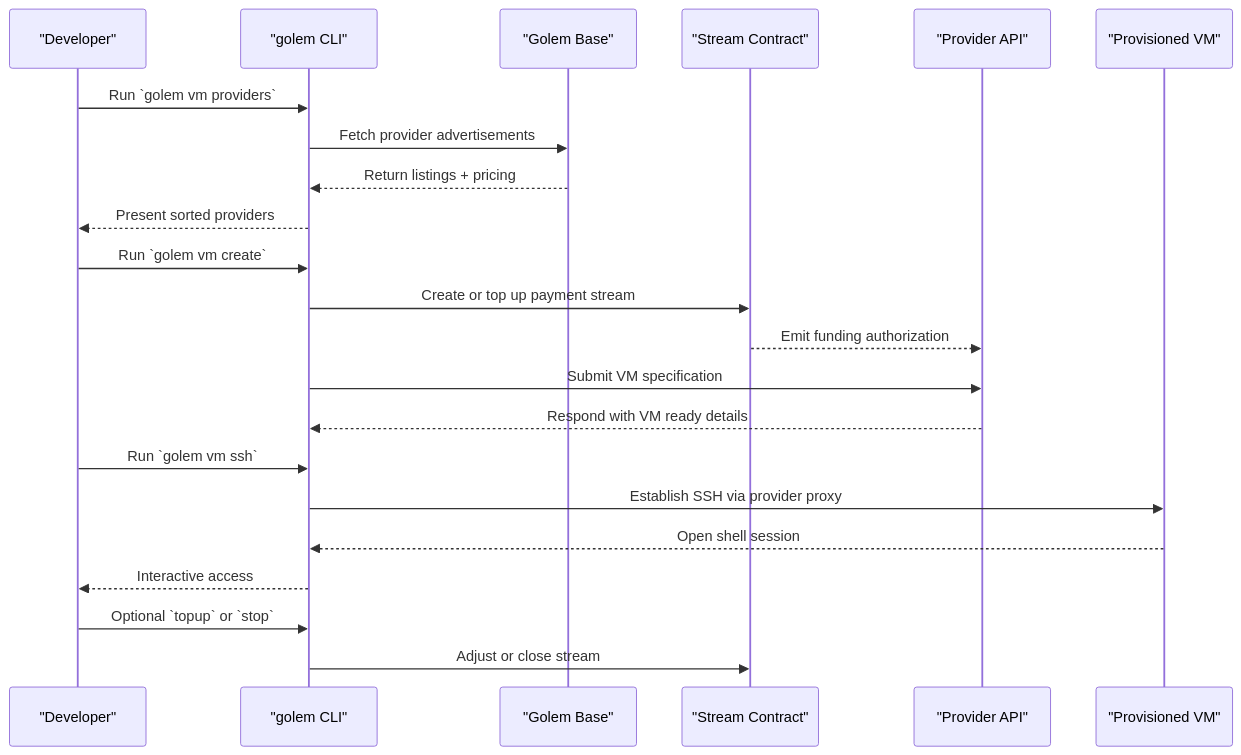
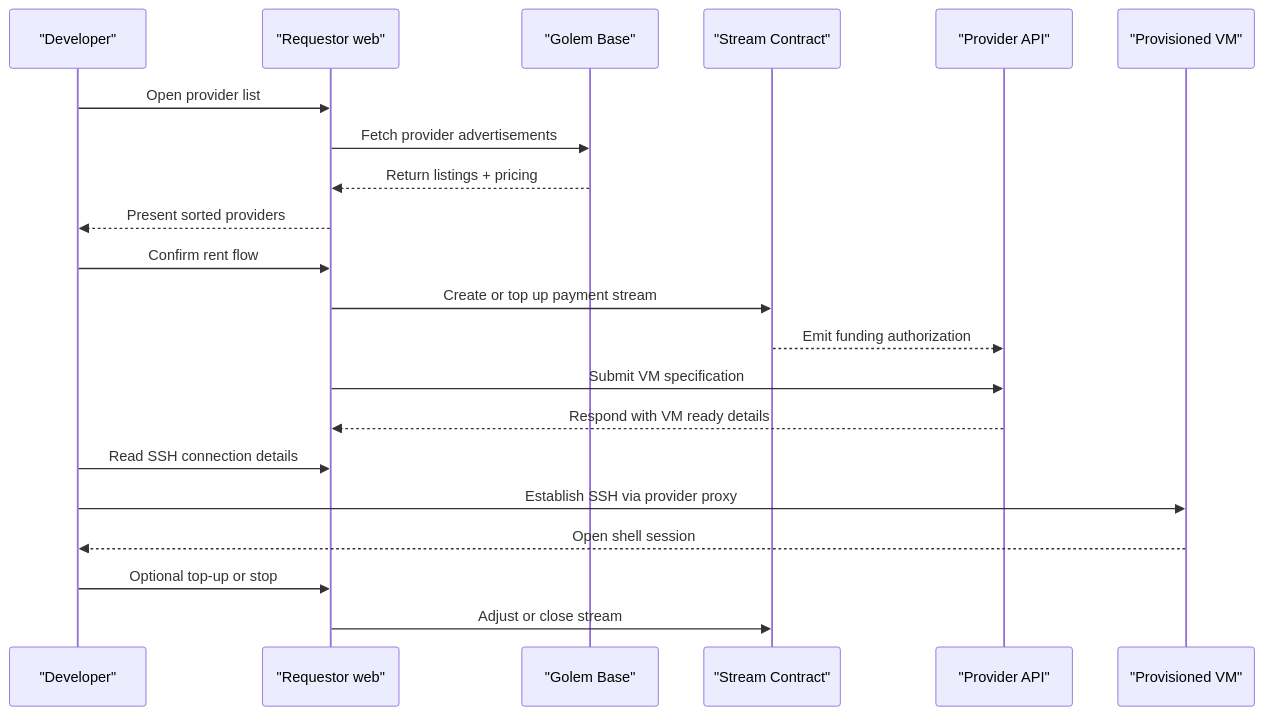
Before and after one commit to cryptobench/vm-on-golem: the fifth of 5 diagrams in FUNDING_PLAN.md, drawn with Mermaid. The commit also changed other lines of this file and 161 other files, not shown here.

````diff
--- a/FUNDING_PLAN.md
+++ b/FUNDING_PLAN.md
@@ -295,25 +294,24 @@
 ```mermaid
 sequenceDiagram
     participant User as "Developer"
-    participant CLI as "golem CLI"
+    participant Web as "Requestor web"
     participant GB as "Golem Base"
     participant SC as "Stream Contract"
     participant API as "Provider API"
     participant VM as "Provisioned VM"
 
-    User->>CLI: Run `golem vm providers`
-    CLI->>GB: Fetch provider advertisements
-    GB-->>CLI: Return listings + pricing
-    CLI-->>User: Present sorted providers
-    User->>CLI: Run `golem vm create`
-    CLI->>SC: Create or top up payment stream
+    User->>Web: Open provider list
+    Web->>GB: Fetch provider advertisements
+    GB-->>Web: Return listings + pricing
+    Web-->>User: Present sorted providers
+    User->>Web: Confirm rent flow
+    Web->>SC: Create or top up payment stream
     SC-->>API: Emit funding authorization
-    CLI->>API: Submit VM specification
-    API-->>CLI: Respond with VM ready details
-    User->>CLI: Run `golem vm ssh`
-    CLI->>VM: Establish SSH via provider proxy
-    VM-->>CLI: Open shell session
-    CLI-->>User: Interactive access
-    User->>CLI: Optional `topup` or `stop`
-    CLI->>SC: Adjust or close stream
+    Web->>API: Submit VM specification
+    API-->>Web: Respond with VM ready details
+    User->>Web: Read SSH connection details
+    User->>VM: Establish SSH via provider proxy
+    VM-->>User: Open shell session
+    User->>Web: Optional top-up or stop
+    Web->>SC: Adjust or close stream
 ```
````
